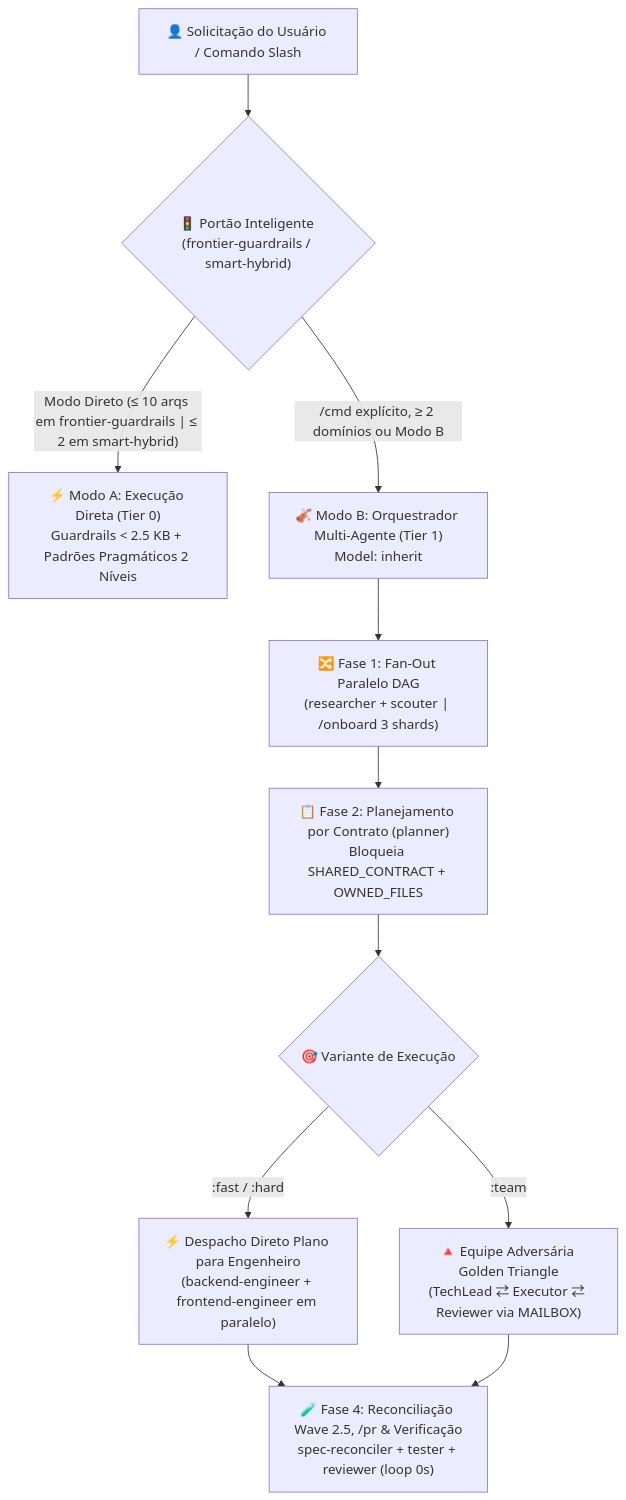
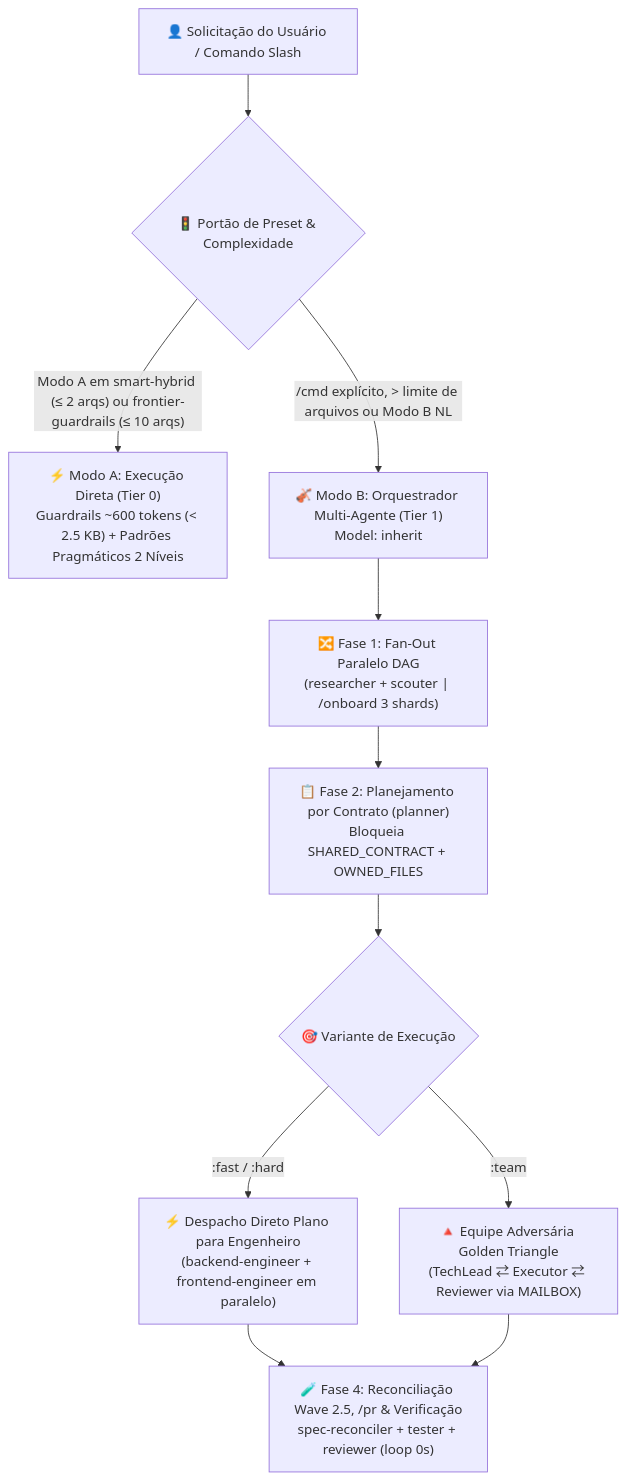
The diagram in i18n/README.pt-BR.md (Kennyboom/BoomOpen-Workflow-Kit-Pro), drawn with Mermaid before and after one commit. The commit also changed other lines of this file and 16 other files, not shown here.

Commit message:
docs(i18n,changelog): align all 16 localized READMEs and CHANGELOG to smart-hybrid default

````diff
--- a/i18n/README.pt-BR.md
+++ b/i18n/README.pt-BR.md
@@ -59,16 +60,16 @@
 ```mermaid
 flowchart TD
-    User["👤 Solicitação do Usuário / Comando Slash"] --> Gate{"🚦 Portão Inteligente (frontier-guardrails / smart-hybrid)"}
-    Gate -->|"Modo Direto (≤ 10 arqs em frontier-guardrails | ≤ 2 em smart-hybrid)"| ModeA["⚡ Modo A: Execução Direta (Tier 0)<br/>Guardrails < 2.5 KB + Padrões Pragmáticos 2 Níveis"]
-    Gate -->|"/cmd explícito, ≥ 2 domínios ou Modo B"| ModeB["🎻 Modo B: Orquestrador Multi-Agente (Tier 1)<br/>Model: inherit"]
+    User["👤 Solicitação do Usuário / Comando Slash"] --> Gate{"🚦 Portão de Preset & Complexidade"}
+    Gate -->|"Modo A em smart-hybrid (≤ 2 arqs) ou frontier-guardrails (≤ 10 arqs)"| ModeA["⚡ Modo A: Execução Direta (Tier 0)<br/>Guardrails ~600 tokens (< 2.5 KB) + Padrões Pragmáticos 2 Níveis"]
+    Gate -->|"/cmd explícito, > limite de arquivos ou Modo B NL"| ModeB["🎻 Modo B: Orquestrador Multi-Agente (Tier 1)<br/>Model: inherit"]
 
     ModeB --> FanOut["🔀 Fase 1: Fan-Out Paralelo DAG<br/>(researcher + scouter | /onboard 3 shards)"]
     FanOut --> Plan["📋 Fase 2: Planejamento por Contrato (planner)<br/>Bloqueia SHARED_CONTRACT + OWNED_FILES"]
     Plan --> Dispatch{"🎯 Variante de Execução"}
 
     Dispatch -->|":fast / :hard"| Direct["⚡ Despacho Direto Plano para Engenheiro<br/>(backend-engineer + frontend-engineer em paralelo)"]
     Dispatch -->|":team"| Triangle["🔺 Equipe Adversária Golden Triangle<br/>(TechLead ⇄ Executor ⇄ Reviewer via MAILBOX)"]
 
     Direct --> Verify["🧪 Fase 4: Reconciliação Wave 2.5, /pr & Verificação<br/>spec-reconciler + tester + reviewer (loop 0s)"]
     Triangle --> Verify
 ```
````
